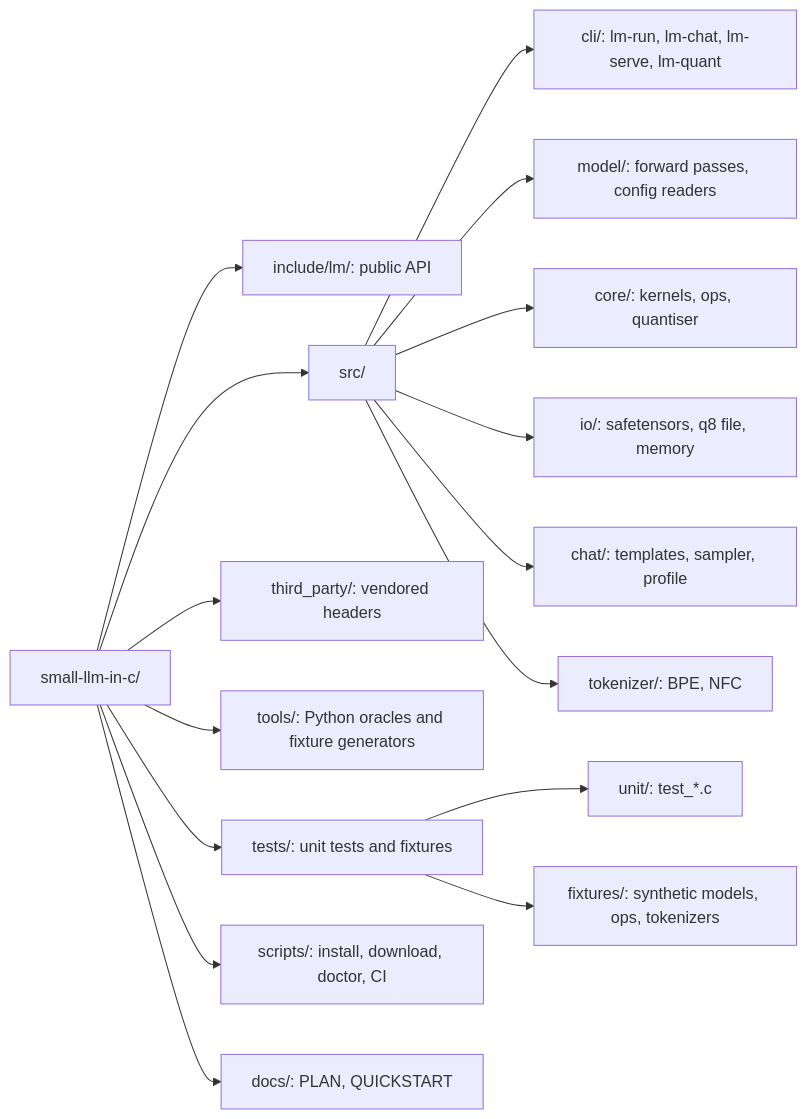
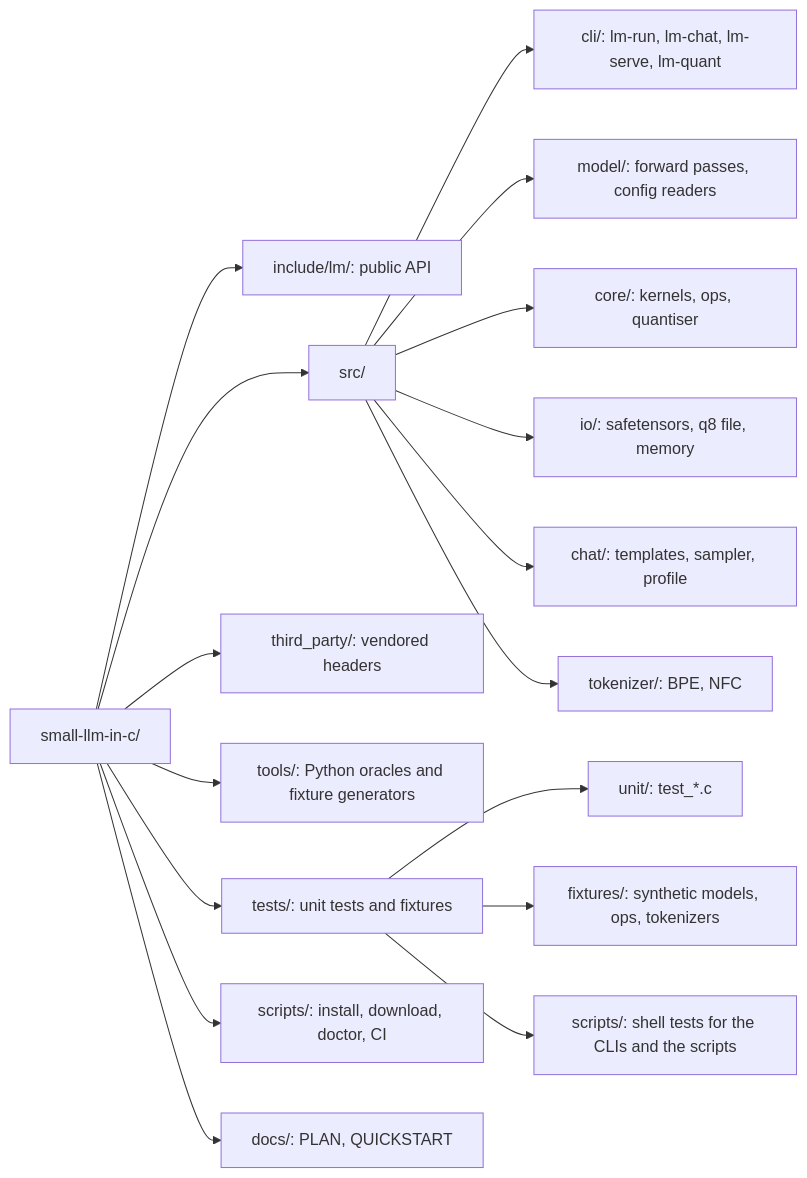
One commit to marcfs31/kevin-ai changed the third of 4 diagrams in README.md. Above: the diagram before and after it, drawn with Mermaid. The commit also changed other lines of this file and 2 other files, not shown here.

````diff
--- a/README.md
+++ b/README.md
@@ -464,19 +477,20 @@
 ```mermaid
 flowchart LR
   root["small-llm-in-c/"]
   root --> inc["include/lm/: public API"]
   root --> src["src/"]
   src --> cli["cli/: lm-run, lm-chat, lm-serve, lm-quant"]
   src --> model["model/: forward passes, config readers"]
   src --> core["core/: kernels, ops, quantiser"]
   src --> io["io/: safetensors, q8 file, memory"]
   src --> chat["chat/: templates, sampler, profile"]
   src --> tokz["tokenizer/: BPE, NFC"]
   root --> tp["third_party/: vendored headers"]
   root --> tools["tools/: Python oracles and fixture generators"]
   root --> tests["tests/: unit tests and fixtures"]
   tests --> unit["unit/: test_*.c"]
   tests --> fix["fixtures/: synthetic models, ops, tokenizers"]
   root --> scripts["scripts/: install, download, doctor, CI"]
   root --> docs["docs/: PLAN, QUICKSTART"]
+  tests --> scripts_t["scripts/: shell tests for the CLIs and the scripts"]
 ```
````
